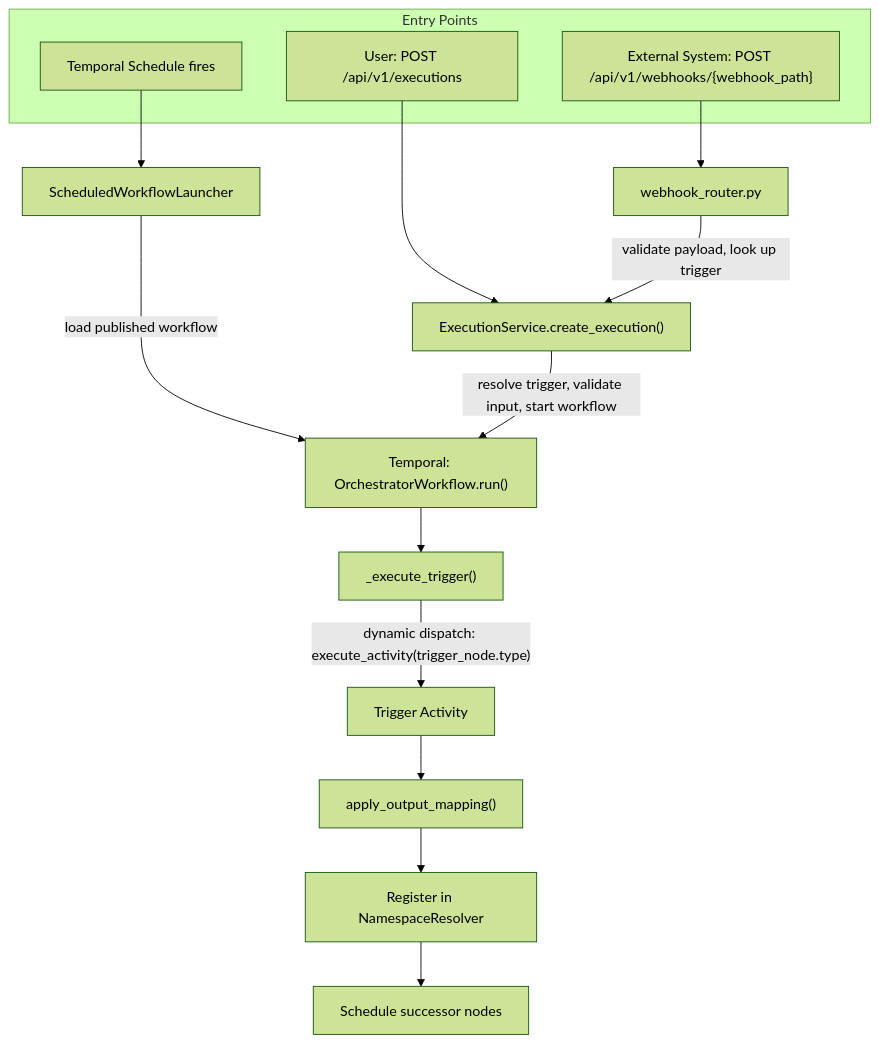
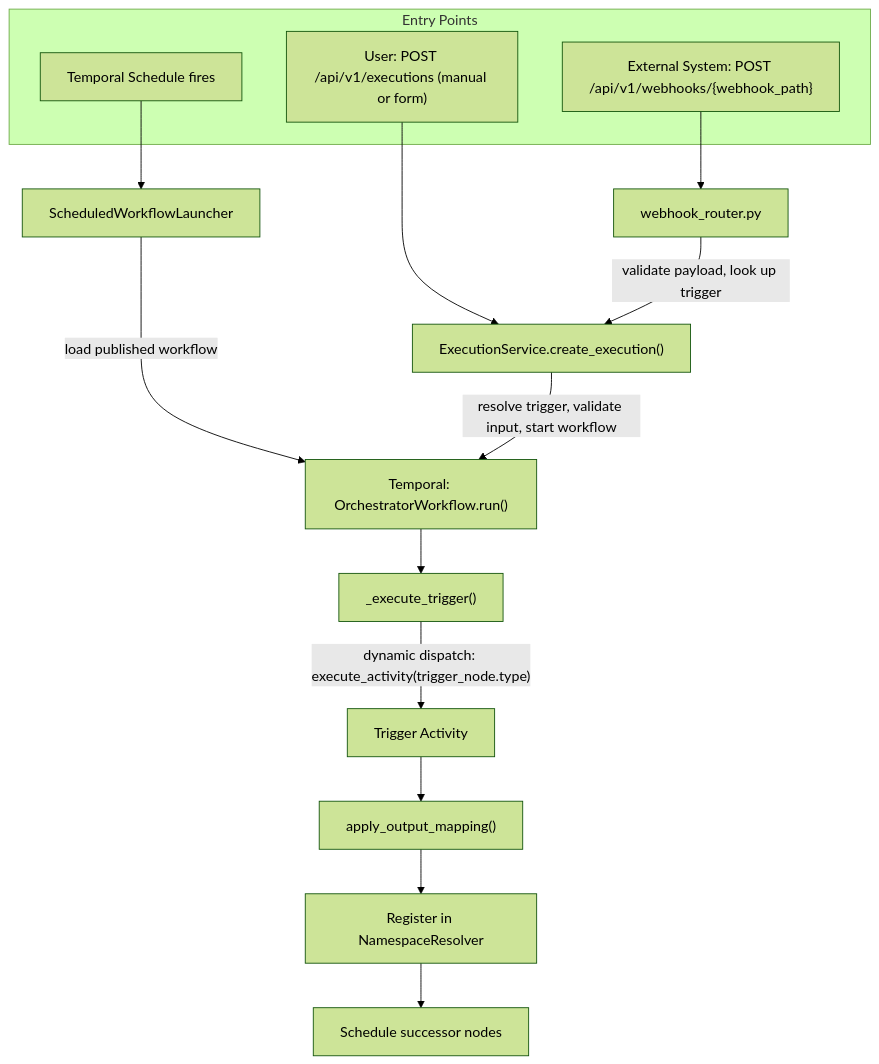
One commit to syntara-orchestration/syntara changed the diagram in backend/docs/workflow-engine/triggers/overview.md. Above: the diagram before and after it, drawn with Mermaid (forest theme). The commit also changed other lines of this file, not shown here.

Commit message:
Update trigger system architecture to reference form trigger

````diff
--- a/backend/docs/workflow-engine/triggers/overview.md
+++ b/backend/docs/workflow-engine/triggers/overview.md
@@ -15,22 +15,22 @@
 ```mermaid
 flowchart TD
     subgraph Entry Points
-        A["User: POST /api/v1/executions"]
+        A["User: POST /api/v1/executions (manual or form)"]
         B["External System: POST /api/v1/webhooks/{webhook_path}"]
         C["Temporal Schedule fires"]
     end
 
     A --> D["ExecutionService.create_execution()"]
     B --> R["webhook_router.py"]
     R -->|"validate payload, look up trigger"| D
 
     C --> L["ScheduledWorkflowLauncher"]
     L -->|"load published workflow"| T
 
     D -->|"resolve trigger, validate input, start workflow"| T["Temporal: OrchestratorWorkflow.run()"]
     T --> E["_execute_trigger()"]
     E -->|"dynamic dispatch: execute_activity(trigger_node.type)"| ACT["Trigger Activity"]
     ACT --> O["apply_output_mapping()"]
     O --> NS["Register in NamespaceResolver"]
     NS --> NEXT["Schedule successor nodes"]
 ```
````
